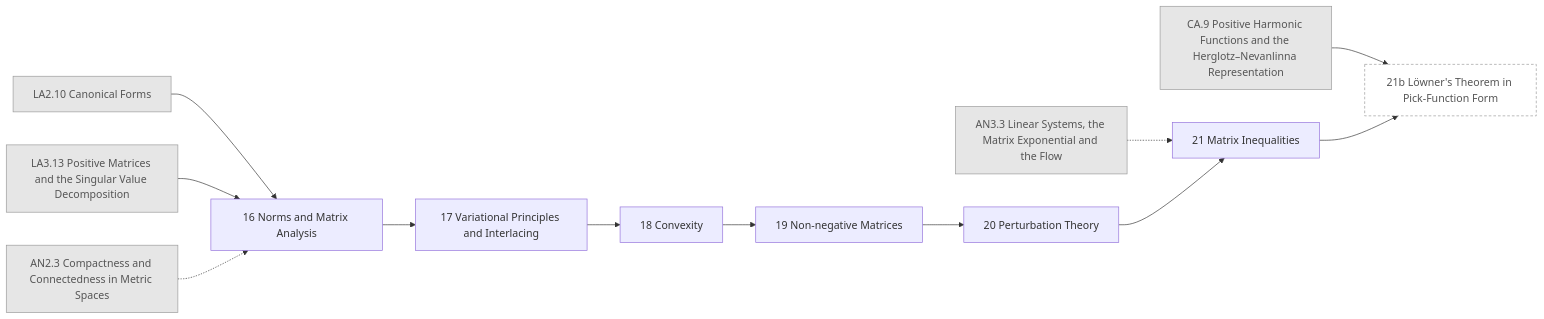
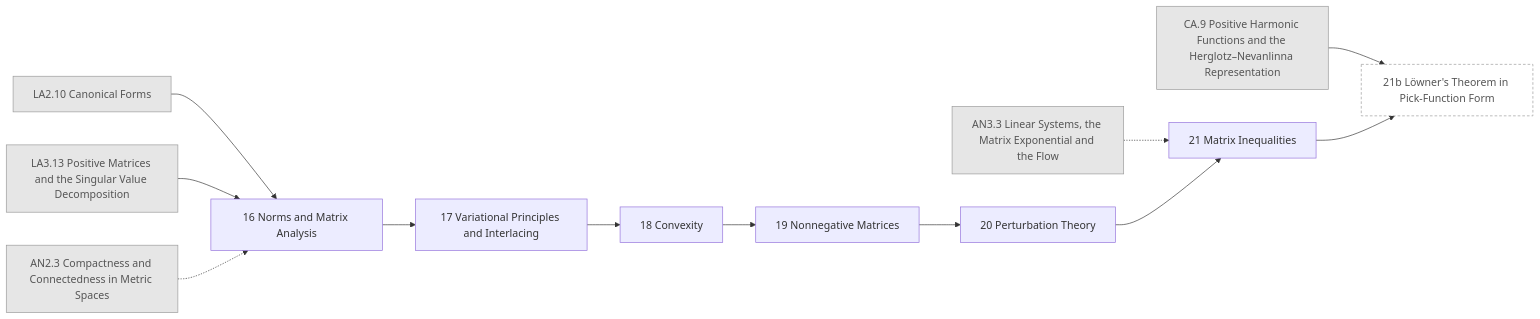
One commit to AkizumiFox/math-atlas changed the diagram in generated/chapters/MA.mmd. Above: the diagram before and after it, drawn with Mermaid. The commit also changed 13 other files, not shown here.

```diff
--- a/generated/chapters/MA.mmd
+++ b/generated/chapters/MA.mmd
@@ -1,27 +1,27 @@
 flowchart LR
   LA2_10["LA2.10 Canonical Forms"]:::ext
   LA3_13["LA3.13 Positive Matrices and the Singular Value Decomposition"]:::ext
   AN2_3["AN2.3 Compactness and Connectedness in Metric Spaces"]:::ext
   AN3_3["AN3.3 Linear Systems, the Matrix Exponential and the Flow"]:::ext
   CA_9["CA.9 Positive Harmonic Functions and the Herglotz–Nevanlinna Representation"]:::ext
   MA_16["16 Norms and Matrix Analysis"]
   MA_17["17 Variational Principles and Interlacing"]
   MA_18["18 Convexity"]
-  MA_19["19 Non-negative Matrices"]
+  MA_19["19 Nonnegative Matrices"]
   MA_20["20 Perturbation Theory"]
   MA_21["21 Matrix Inequalities"]
   MA_21b["21b Löwner's Theorem in Pick-Function Form"]:::opt
   LA2_10 --> MA_16
   LA3_13 --> MA_16
   AN2_3 -.-> MA_16
   MA_16 --> MA_17
   MA_17 --> MA_18
   MA_18 --> MA_19
   MA_19 --> MA_20
   AN3_3 -.-> MA_21
   MA_20 --> MA_21
   CA_9 --> MA_21b
   MA_21 --> MA_21b
   classDef ext fill:#e6e6e6,stroke:#999,color:#555
   classDef opt fill:#fff,stroke:#999,stroke-dasharray:4 3,color:#555
   classDef segb fill:#f6f6fb,stroke:#99a,color:#333
```
